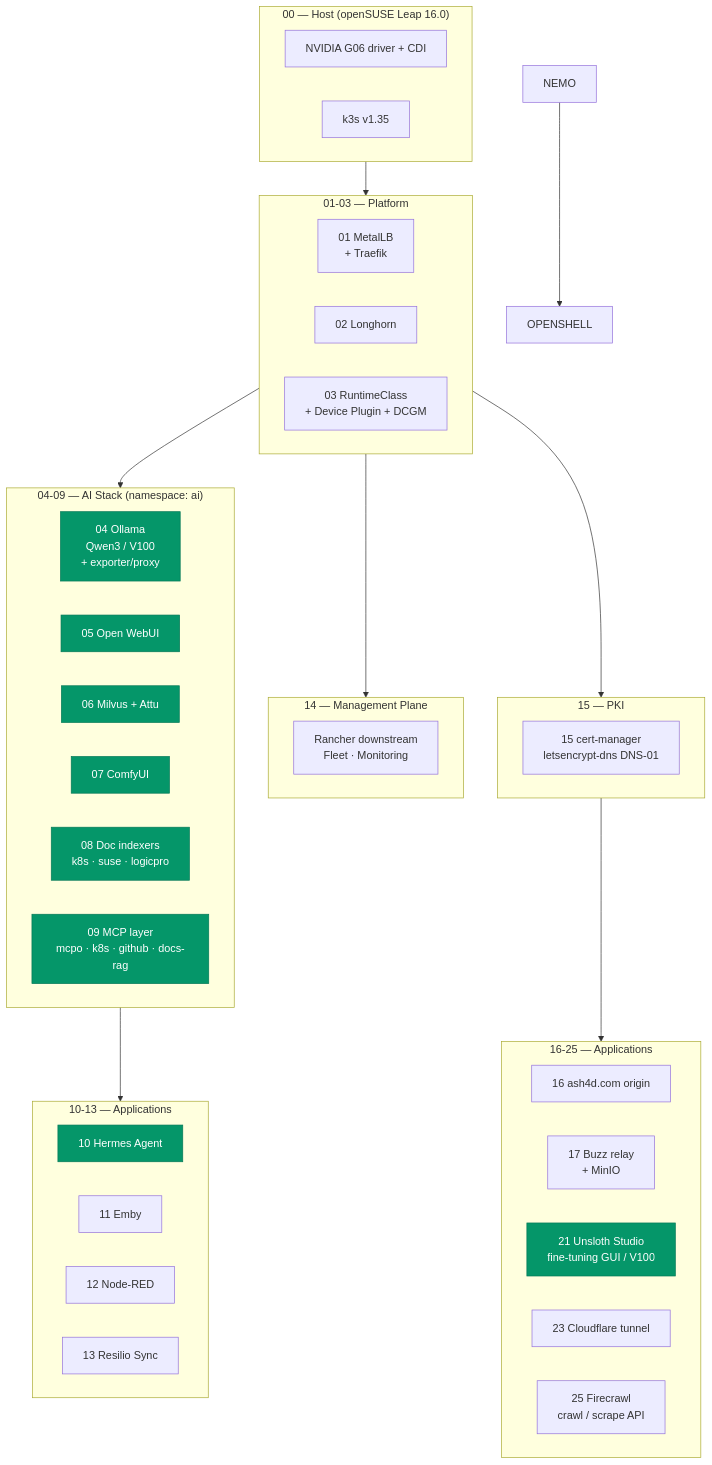
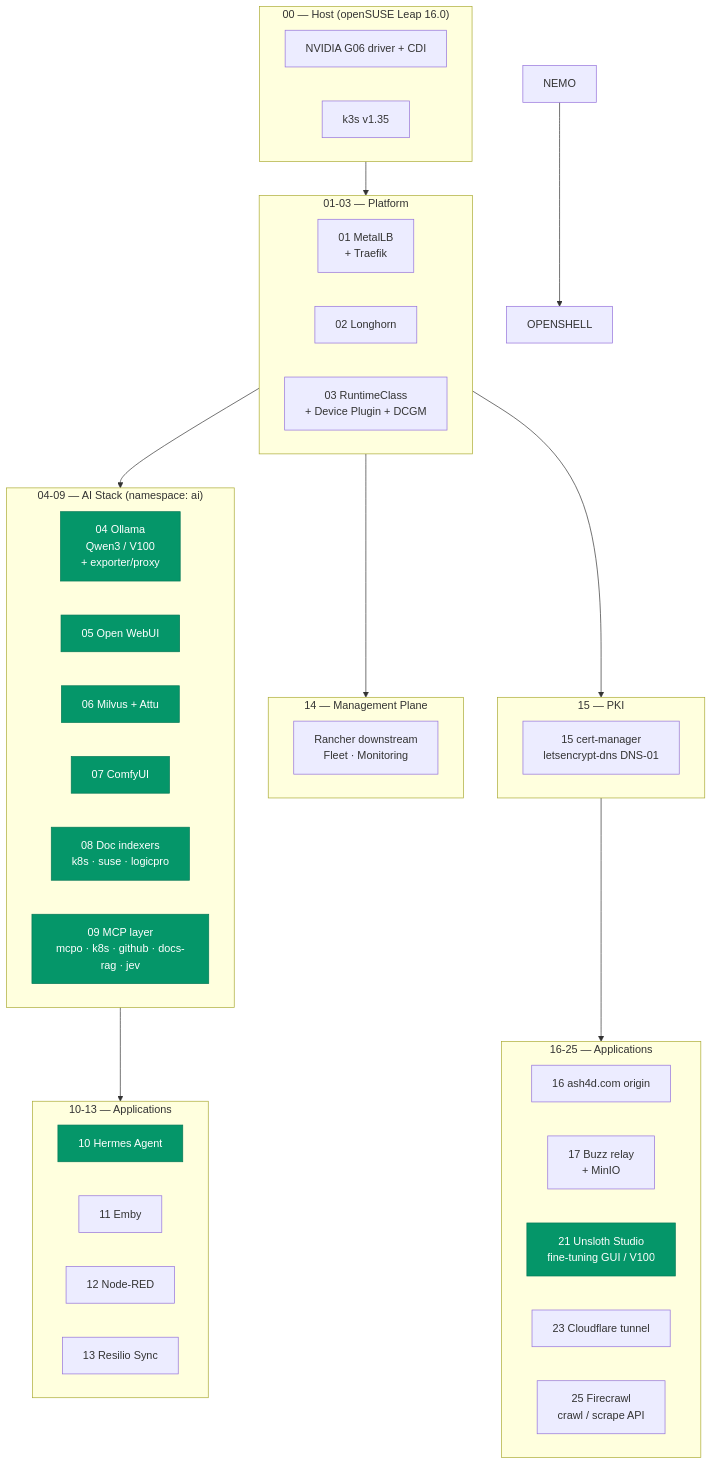
One commit to darthzen/lab-fleet changed the first of 2 diagrams in README.md. Above: the diagram before and after it, drawn with Mermaid. The commit also changed other lines of this file and 5 other files, not shown here.

First line of the commit message:
mcp: add jev-mcp (TypeSafe Jev) on the Cloudflare tunnel (#65)

````diff
--- a/README.md
+++ b/README.md
@@ -11,54 +11,54 @@
 ```mermaid
 flowchart TD
     subgraph host["00 — Host (openSUSE Leap 16.0)"]
         DRIVER[NVIDIA G06 driver + CDI]
         K3S[k3s v1.35]
     end
 
     subgraph platform["01-03 — Platform"]
         METALLB[01 MetalLB<br/>+ Traefik]
         LONGHORN[02 Longhorn]
         GPU[03 RuntimeClass<br/>+ Device Plugin + DCGM]
     end
 
     subgraph ai["04-09 — AI Stack (namespace: ai)"]
         OLLAMA[04 Ollama<br/>Qwen3 / V100<br/>+ exporter/proxy]
         OWUI[05 Open WebUI]
         MILVUS[06 Milvus + Attu]
         COMFY[07 ComfyUI]
         INDEXER[08 Doc indexers<br/>k8s · suse · logicpro]
-        MCP[09 MCP layer<br/>mcpo · k8s · github · docs-rag]
+        MCP[09 MCP layer<br/>mcpo · k8s · github · docs-rag · jev]
     end
 
     subgraph apps["10-13 — Applications"]
         HERMES[10 Hermes Agent]
         EMBY[11 Emby]
         NODERED[12 Node-RED]
         RESILIO[13 Resilio Sync]
     end
 
     subgraph mgmt["14 — Management Plane"]
         RANCHER[Rancher downstream<br/>Fleet · Monitoring]
     end
 
     subgraph pki["15 — PKI"]
         CERTMGR[15 cert-manager<br/>letsencrypt-dns DNS-01]
     end
 
     subgraph more["16-25 — Applications"]
         ORIGIN[16 ash4d.com origin]
         BUZZ[17 Buzz relay<br/>+ MinIO]
         UNSLOTH[21 Unsloth Studio<br/>fine-tuning GUI / V100]
         CFTUNNEL[23 Cloudflare tunnel]
         FIRECRAWL[25 Firecrawl<br/>crawl / scrape API]
     end
 
     host --> platform --> ai --> apps
     platform --> mgmt
     platform --> pki
     pki --> more
     NEMO --> OPENSHELL
 
     classDef ai_c fill:#059669,stroke:#047857,color:#fff
     class OLLAMA,OWUI,MILVUS,COMFY,INDEXER,MCP,HERMES,UNSLOTH ai_c
 ```
````
